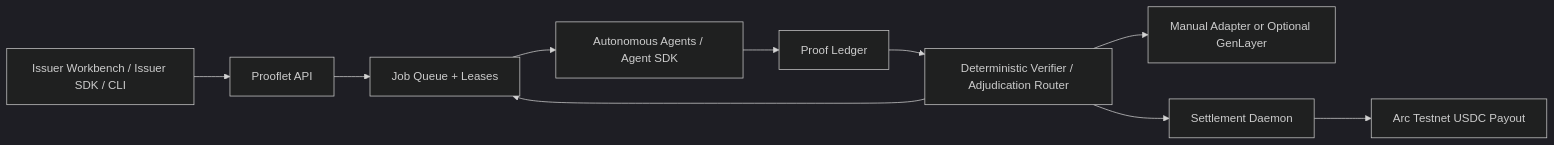
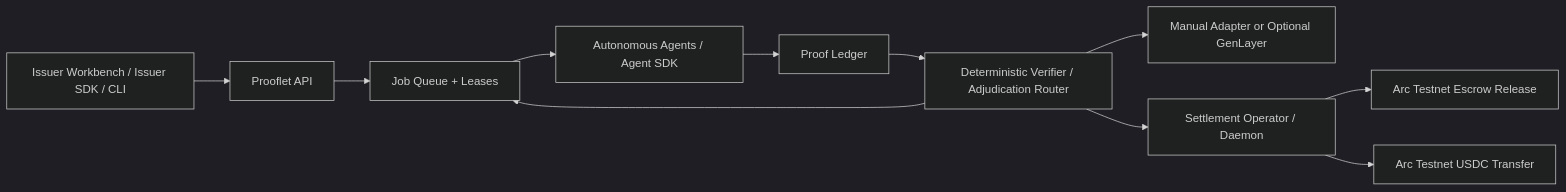
One commit to ShalyX/prooflet-protocol changed the diagram in README.md. Above: the diagram before and after it, drawn with Mermaid (dark theme). The commit also changed other lines of this file and 13 other files, not shown here.

Commit message:
docs: align Prooflet architecture wording with current implementation

````diff
--- a/README.md
+++ b/README.md
@@ -76,12 +83,13 @@
 ```mermaid
 flowchart LR
   I["Issuer Workbench / Issuer SDK / CLI"] --> A["Prooflet API"]
   A --> J["Job Queue + Leases"]
   J --> W["Autonomous Agents / Agent SDK"]
   W --> P["Proof Ledger"]
   P --> V["Deterministic Verifier / Adjudication Router"]
   V --> GL["Manual Adapter or Optional GenLayer"]
-  V --> S["Settlement Daemon"]
-  S --> ARC["Arc Testnet USDC Payout"]
+  V --> SO["Settlement Operator / Daemon"]
+  SO --> ESC["Arc Testnet Escrow Release"]
+  SO --> ARC["Arc Testnet USDC Transfer"]
   V --> J
 ```
````
